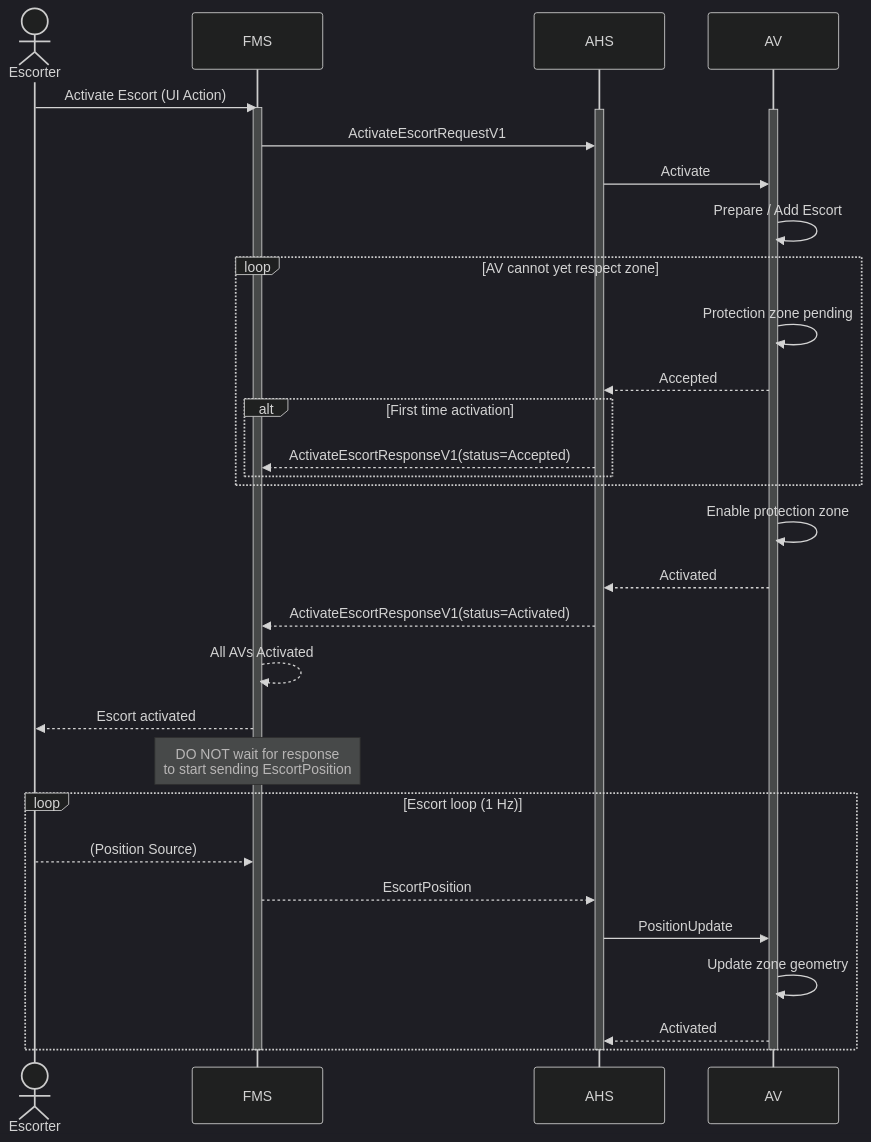
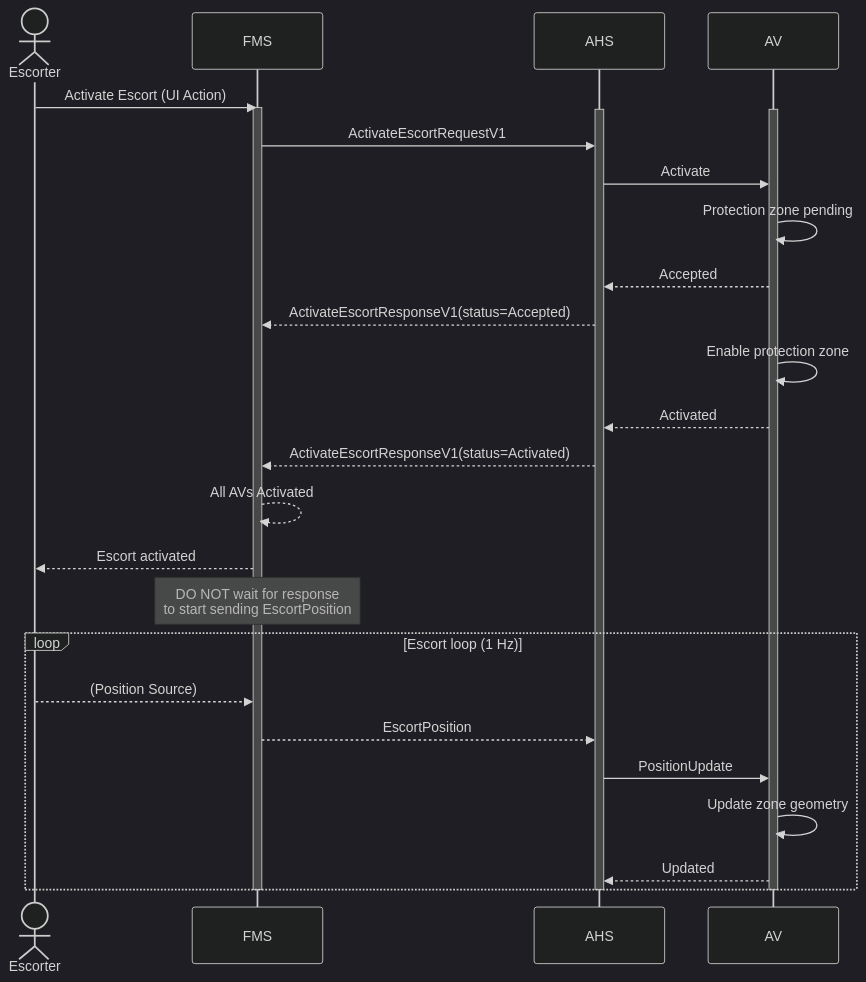
One commit to open-autonomy/escort changed the first of 3 diagrams in diagram/EscortActivation.md. Above: the diagram before and after it, drawn with Mermaid (dark theme). The commit also changed other lines of this file and 7 other files, not shown here.

````diff
--- a/diagram/EscortActivation.md
+++ b/diagram/EscortActivation.md
@@ -12,39 +9,35 @@
 ```mermaid
 sequenceDiagram
     actor Escorter
     participant FMS
     participant AHS
     participant AV
 
     Escorter->>FMS: Activate Escort (UI Action)
     activate FMS
     activate AHS
     activate AV
     FMS->>AHS: ActivateEscortRequestV1
     AHS->>AV: Activate
-    AV->>AV: Prepare / Add Escort
-    loop AV cannot yet respect zone
-        AV->>AV: Protection zone pending
-        AV-->>AHS: Accepted
-        alt First time activation
-            AHS-->>FMS: ActivateEscortResponseV1(status=Accepted)
-        end
-    end
+    AV->>AV: Protection zone pending
+    AV-->>AHS: Accepted
+    AHS-->>FMS: ActivateEscortResponseV1(status=Accepted)
+
     AV->>AV: Enable protection zone
     AV-->>AHS: Activated
     AHS-->>FMS: ActivateEscortResponseV1(status=Activated)
     FMS-->>FMS: All AVs Activated
     FMS-->>Escorter: Escort activated
     Note over FMS: DO NOT wait for response<br/>to start sending EscortPosition
     loop Escort loop (1 Hz)
         Escorter-->>FMS: (Position Source)
         FMS-->>AHS: EscortPosition
         AHS->>AV: PositionUpdate
         AV->>AV: Update zone geometry
-        AV-->>AHS: Activated
+        AV-->>AHS: Updated
     end
     %% Deactivation flow moved to EscortDeactivation.md
     deactivate AV
     deactivate AHS
     deactivate FMS
 ```
````
